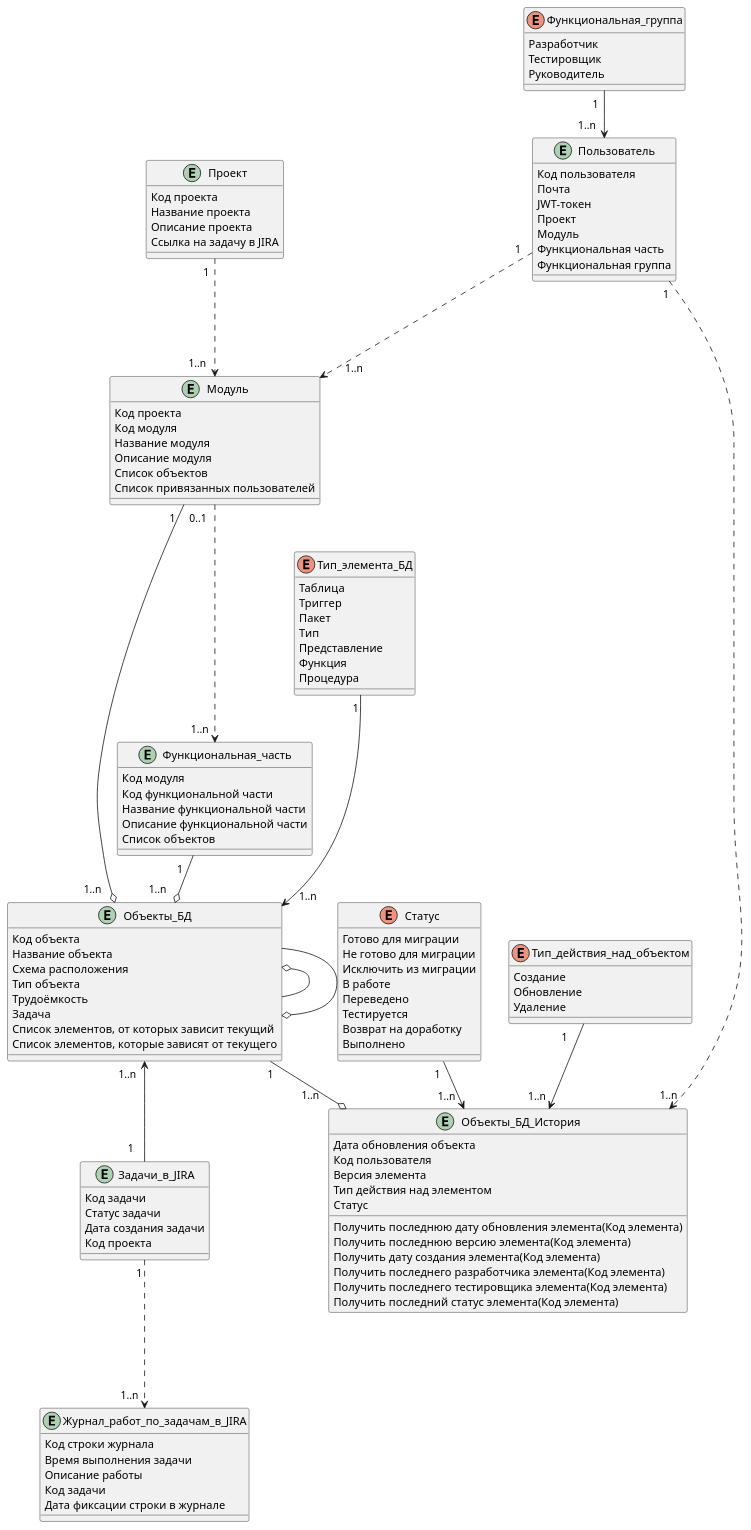
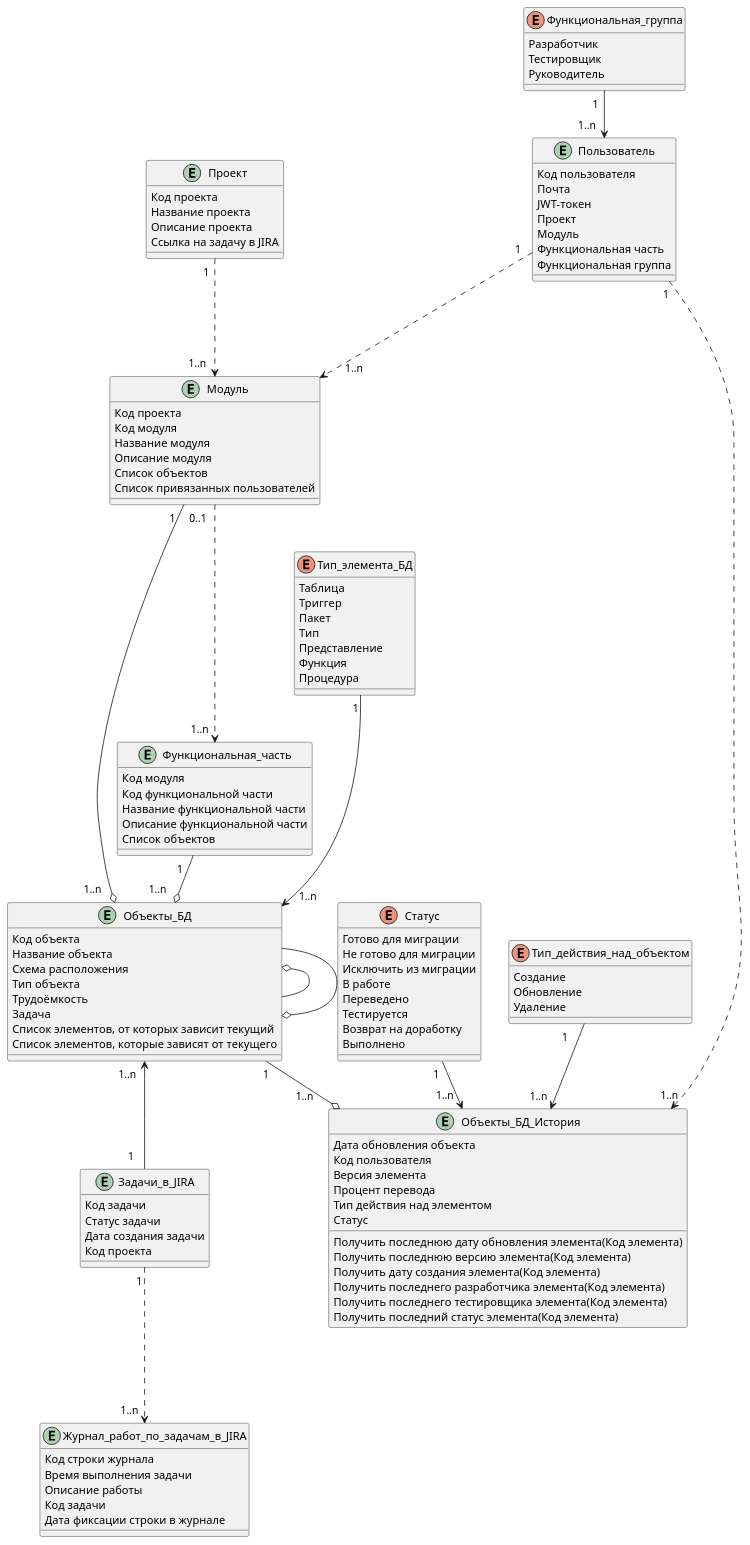
The second of 3 diagrams in docs/model.md (Wraithname/OTUSProject-Docs), drawn with PlantUML before and after one commit. The commit also changed 5 other files, not shown here.

```diff
--- a/docs/model.md
+++ b/docs/model.md
@@ -218,6 +218,7 @@
 Дата обновления объекта
 Код пользователя
 Версия элемента
+Процент перевода
 Тип действия над элементом
 Статус
 Получить последнюю дату обновления элемента(Код элемента)
```
